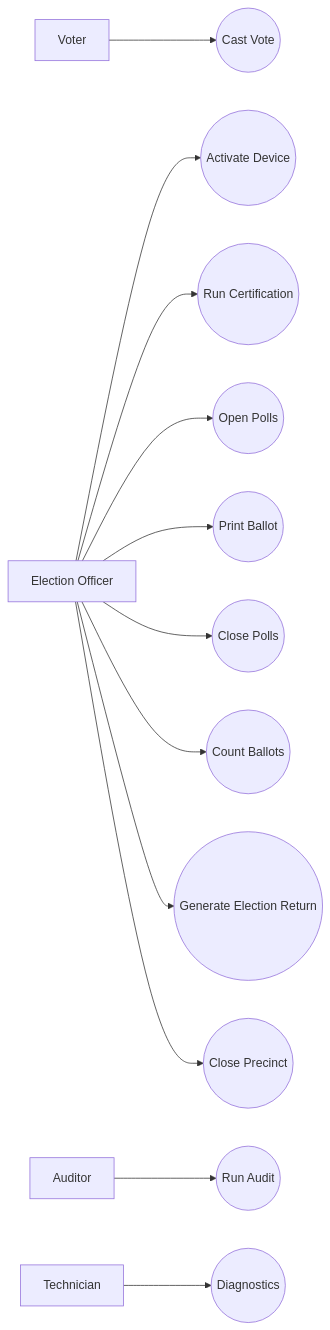
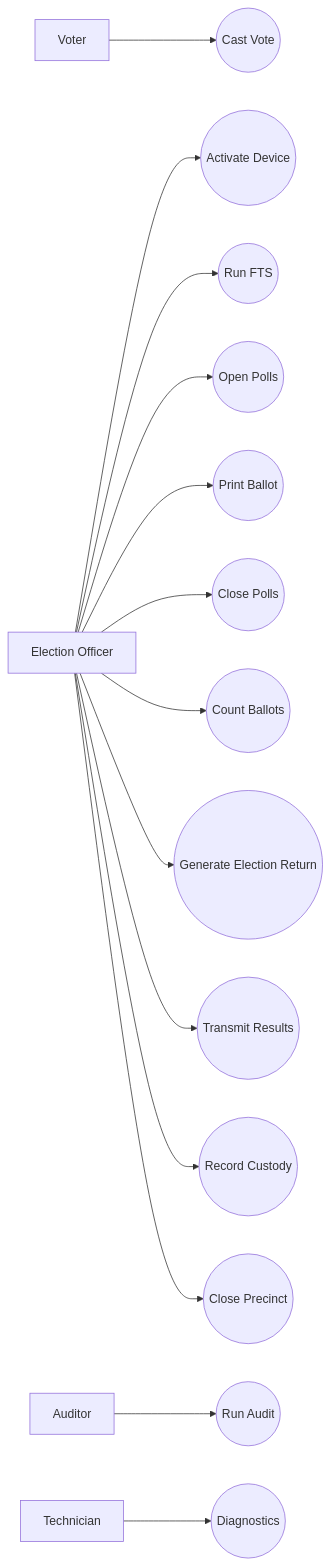
One commit to 3neti/aes changed the tenth of 12 diagrams in docs/SYSTEM_ANALYSIS.md. Above: the diagram before and after it, drawn with Mermaid. The commit also changed other lines of this file and 16 other files, not shown here.

````diff
--- a/docs/SYSTEM_ANALYSIS.md
+++ b/docs/SYSTEM_ANALYSIS.md
@@ -403,55 +467,63 @@
 ```mermaid
 flowchart LR
 
 V[Voter]
 
 EO[Election Officer]
 
 A[Auditor]
 
 T[Technician]
 
 UC1((Activate Device))
 
-UC2((Run Certification))
+UC2((Run FTS))
 
 UC3((Open Polls))
 
 UC4((Cast Vote))
 
 UC5((Print Ballot))
 
 UC6((Close Polls))
 
 UC7((Count Ballots))
 
 UC8((Generate Election Return))
 
-UC9((Close Precinct))
+UC9((Transmit Results))
 
-UC10((Run Audit))
+UC10((Record Custody))
 
-UC11((Diagnostics))
+UC11((Close Precinct))
+
+UC12((Run Audit))
+
+UC13((Diagnostics))
 
 EO --> UC1
 
 EO --> UC2
 
 EO --> UC3
 
 V --> UC4
 
 EO --> UC5
 
 EO --> UC6
 
 EO --> UC7
 
 EO --> UC8
 
 EO --> UC9
 
-A --> UC10
+EO --> UC10
 
-T --> UC11
+EO --> UC11
+
+A --> UC12
+
+T --> UC13
 ```
````
